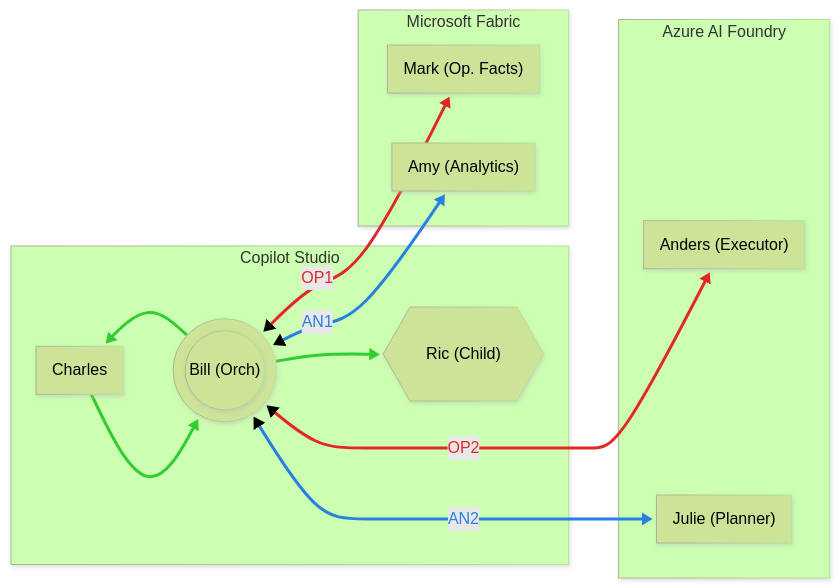
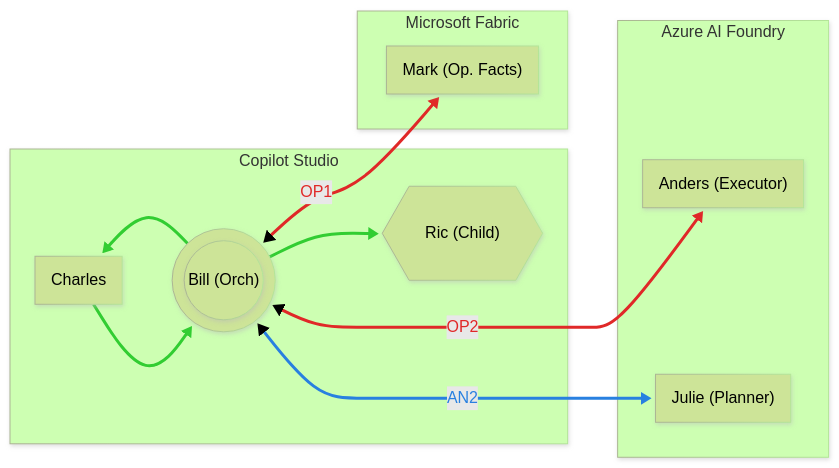
Before and after one commit to warnov/taller-multi-agentic: the diagram in assets/global-arch.mermaid, drawn with Mermaid (forest theme). The commit also changed 264 other files, not shown here.

```diff
--- a/assets/global-arch.mermaid
+++ b/assets/global-arch.mermaid
@@ -1,42 +1,40 @@
 ---
 config:
   look: neo
 ---
 flowchart LR
 
   subgraph CS["Copilot Studio"]
     Charles["Charles"]
     Bill((("Bill (Orch)")))
     Ric{{"Ric (Child)"}}
   end
 
   subgraph MF["Microsoft Fabric"]
     Mark["Mark (Op. Facts)"]
-    Amy["Amy (Analytics)"]
   end
 
   subgraph AF["Azure AI Foundry"]
     Anders["Anders (Executor)"]
     Julie["Julie (Planner)"]
   end
 
   %% Conexión invisible (Índice 0)
   MF ~~~ AF
 
   %% Conexiones
   Charles --> Bill
   Bill --> Charles
   Bill --> Ric
   Bill <-->|OP1| Mark
   Bill <-->|OP2| Anders
-  Bill <-->|AN1| Amy
   Bill <-->|AN2| Julie
 
   %% Estilos Verdes: Internos CS (Charles y Ric)
   linkStyle 1,2,3 stroke:#32CD32,stroke-width:3px,color:#32CD32
   
   %% Estilos Rojos: Operativos (Mark y Anders)
   linkStyle 4,5 stroke:#E02828,stroke-width:3px,color:#E02828
   
-  %% Estilos Azules: Analíticos (Amy y Julie)
-  linkStyle 6,7 stroke:#2880E0,stroke-width:3px,color:#2880E0
+  %% Estilos Azules: Analíticos (Julie)
+  linkStyle 6 stroke:#2880E0,stroke-width:3px,color:#2880E0
```
